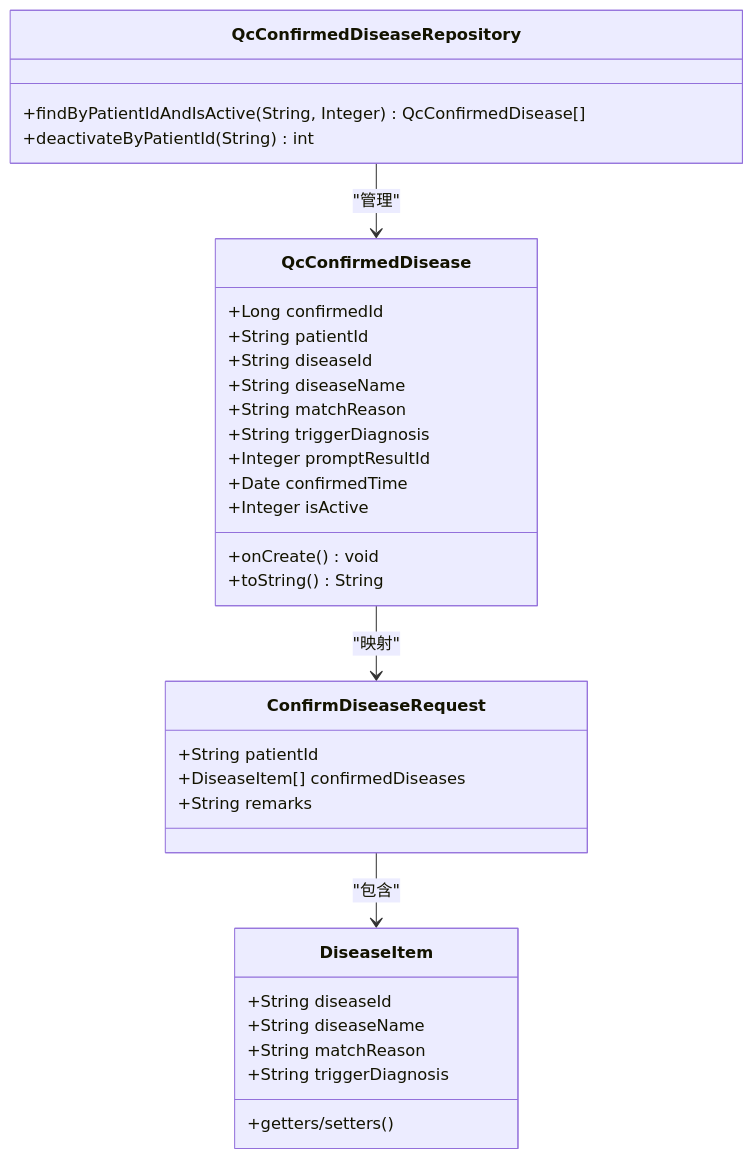
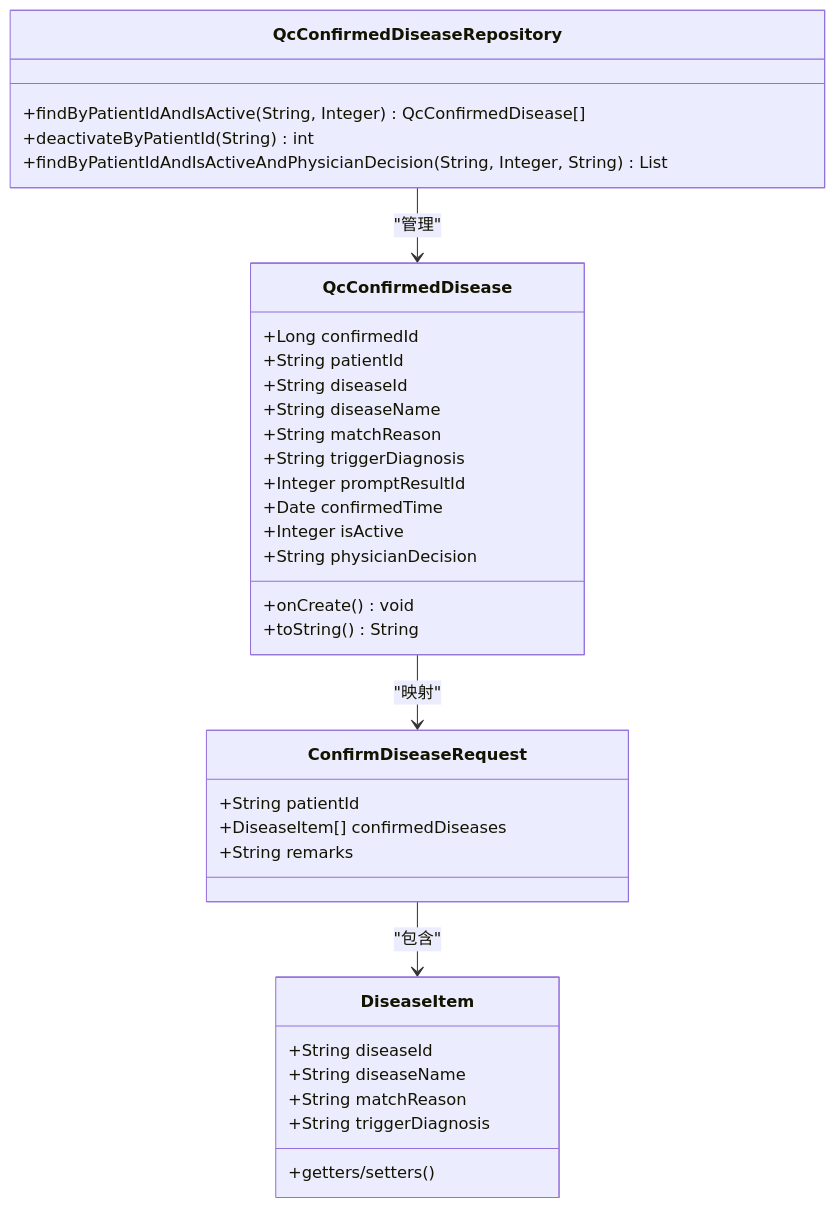
Before and after one commit to liuzh2008/med_ai_assistant_workspace: the ninth of 19 diagrams in .qoder/repowiki/zh/content/核心功能模块/质量控制系统.md, drawn with Mermaid. The commit also changed other lines of this file and 9 other files, not shown here.

````diff
--- a/.qoder/repowiki/zh/content/核心功能模块/质量控制系统.md
+++ b/.qoder/repowiki/zh/content/核心功能模块/质量控制系统.md
@@ -481,35 +507,37 @@
 ```mermaid
 classDiagram
 class QcConfirmedDisease {
 +Long confirmedId
 +String patientId
 +String diseaseId
 +String diseaseName
 +String matchReason
 +String triggerDiagnosis
 +Integer promptResultId
 +Date confirmedTime
 +Integer isActive
++String physicianDecision
 +onCreate() void
 +toString() String
 }
 class ConfirmDiseaseRequest {
 +String patientId
 +DiseaseItem[] confirmedDiseases
 +String remarks
 }
 class DiseaseItem {
 +String diseaseId
 +String diseaseName
 +String matchReason
 +String triggerDiagnosis
 +getters/setters()
 }
 class QcConfirmedDiseaseRepository {
 +findByPatientIdAndIsActive(String, Integer) QcConfirmedDisease[]
 +deactivateByPatientId(String) int
++findByPatientIdAndIsActiveAndPhysicianDecision(String, Integer, String) List
 }
 QcConfirmedDisease --> ConfirmDiseaseRequest : "映射"
 ConfirmDiseaseRequest --> DiseaseItem : "包含"
 QcConfirmedDiseaseRepository --> QcConfirmedDisease : "管理"
 ```
````
